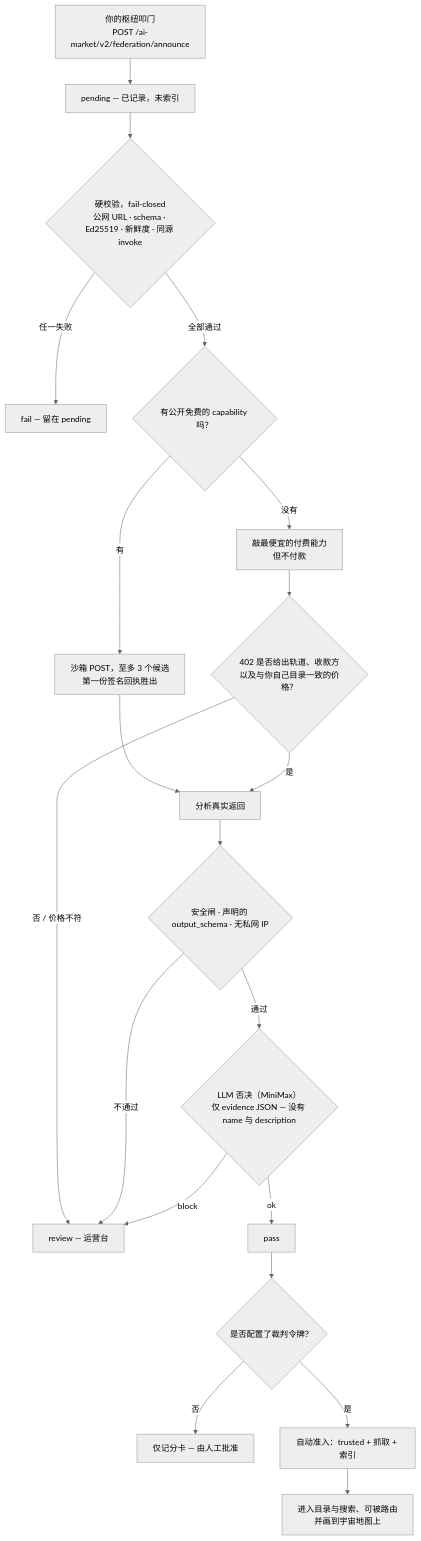
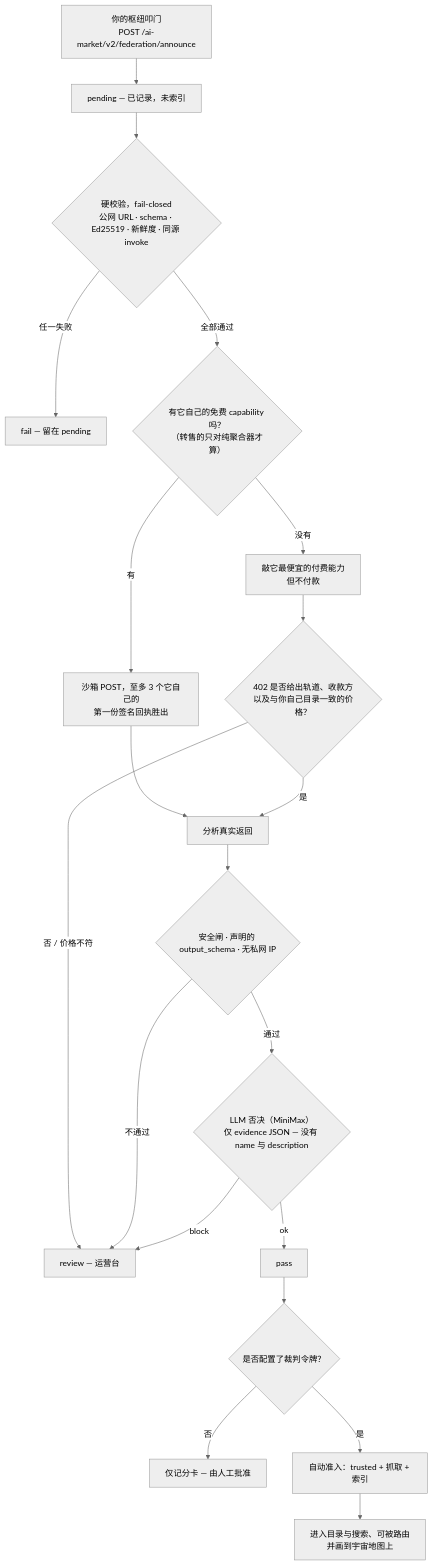
One commit to alexar76/aicom changed the first of 2 diagrams in docs/join-the-federation.zh.md. Above: the diagram before and after it, drawn with Mermaid (neutral theme). The commit also changed other lines of this file and 496 other files, not shown here.

````diff
--- a/docs/join-the-federation.zh.md
+++ b/docs/join-the-federation.zh.md
@@ -71,22 +77,22 @@
 ```mermaid
 flowchart TD
     A["你的枢纽叩门<br/>POST /ai-market/v2/federation/announce"] --> C["pending — 已记录，未索引"]
     C --> E{"硬校验，fail-closed<br/>公网 URL · schema · Ed25519 · 新鲜度 · 同源 invoke"}
     E -- "任一失败" --> F["fail — 留在 pending"]
-    E -- "全部通过" --> G{"有公开免费的 capability 吗？"}
-    G -- "有" --> H["沙箱 POST，至多 3 个候选<br/>第一份签名回执胜出"]
-    G -- "没有" --> I["敲最便宜的付费能力<br/>但不付款"]
+    E -- "全部通过" --> G{"有它自己的免费 capability 吗？<br/>（转售的只对纯聚合器才算）"}
+    G -- "有" --> H["沙箱 POST，至多 3 个它自己的<br/>第一份签名回执胜出"]
+    G -- "没有" --> I["敲它最便宜的付费能力<br/>但不付款"]
     I --> J{"402 是否给出轨道、收款方<br/>以及与你自己目录一致的价格？"}
     H --> K["分析真实返回"]
     J -- "是" --> K
     J -- "否 / 价格不符" --> R["review — 运营台"]
     K --> L{"安全闸 · 声明的 output_schema · 无私网 IP"}
     L -- "不通过" --> R
     L -- "通过" --> M{"LLM 否决（MiniMax）<br/>仅 evidence JSON — 没有 name 与 description"}
     M -- "block" --> R
     M -- "ok" --> N["pass"]
     N --> O{"是否配置了裁判令牌？"}
     O -- "否" --> P["仅记分卡 — 由人工批准"]
     O -- "是" --> Q["自动准入：trusted + 抓取 + 索引"]
     Q --> S["进入目录与搜索、可被路由<br/>并画到宇宙地图上"]
 ```
````
